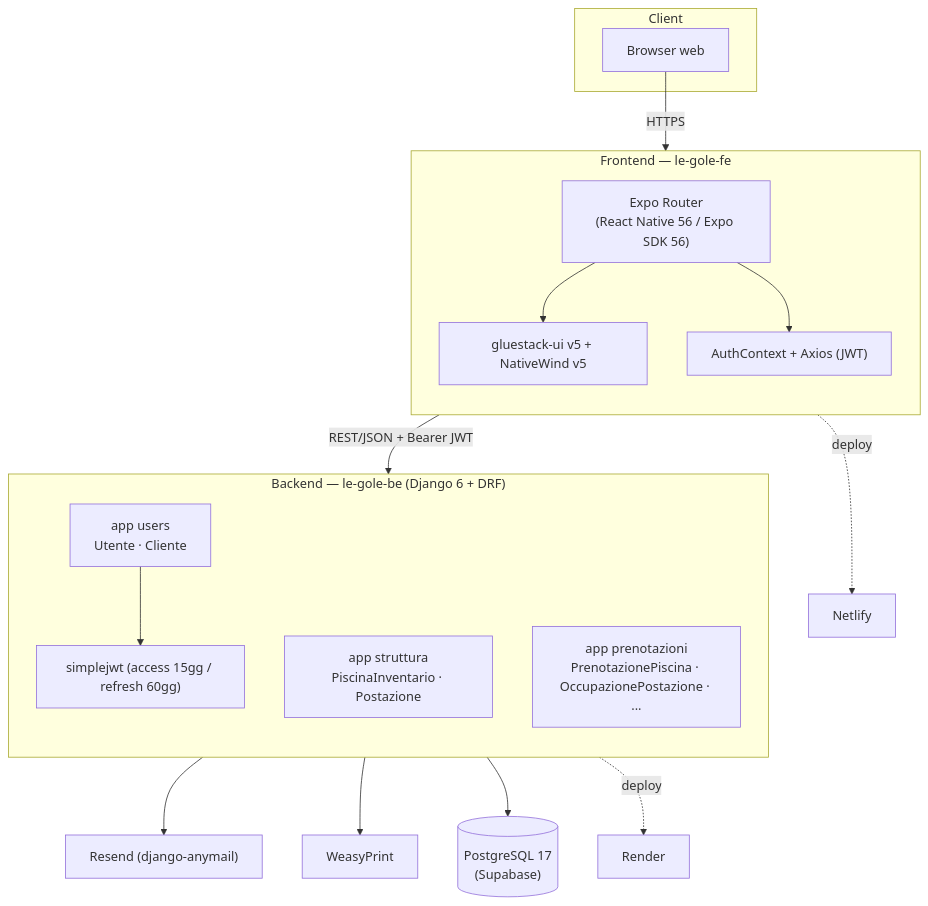
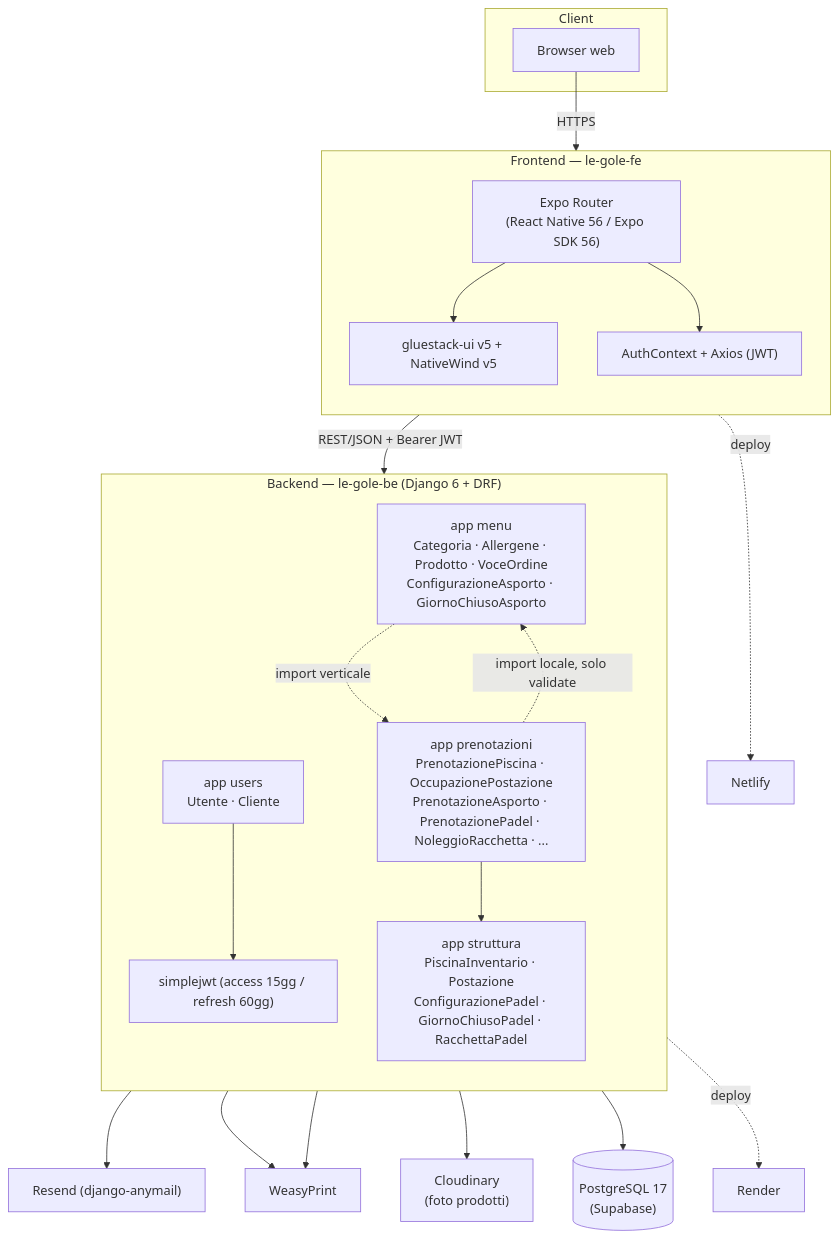
The first of 10 diagrams in UML.md (lor07enzo/Gestionale-Le-Gole), drawn with Mermaid before and after one commit. The commit also changed other lines of this file and 94 other files, not shown here.

````diff
--- a/UML.md
+++ b/UML.md
@@ -20,41 +22,48 @@
 ```mermaid
 flowchart TB
     subgraph Client["Client"]
         Browser["Browser web"]
     end
 
     subgraph FE["Frontend — le-gole-fe"]
         direction TB
         ExpoRouter["Expo Router\n(React Native 56 / Expo SDK 56)"]
         UIKit["gluestack-ui v5 + NativeWind v5"]
         AuthCtx["AuthContext + Axios (JWT)"]
     end
 
     subgraph BE["Backend — le-gole-be (Django 6 + DRF)"]
         direction TB
         AppUsers["app users\nUtente · Cliente"]
-        AppStruttura["app struttura\nPiscinaInventario · Postazione"]
-        AppPrenotazioni["app prenotazioni\nPrenotazionePiscina · OccupazionePostazione · ..."]
+        AppStruttura["app struttura\nPiscinaInventario · Postazione\nConfigurazionePadel · GiornoChiusoPadel · RacchettaPadel"]
+        AppPrenotazioni["app prenotazioni\nPrenotazionePiscina · OccupazionePostazione\nPrenotazioneAsporto · PrenotazionePadel · NoleggioRacchetta · ..."]
+        AppMenu["app menu\nCategoria · Allergene · Prodotto · VoceOrdine\nConfigurazioneAsporto · GiornoChiusoAsporto"]
         JWT["simplejwt (access 15gg / refresh 60gg)"]
     end
 
     DB[("PostgreSQL 17\n(Supabase)")]
     Mail["Resend (django-anymail)"]
     PDF["WeasyPrint"]
+    Cloudinary["Cloudinary\n(foto prodotti)"]
 
     Netlify["Netlify"]
     Render["Render"]
 
     Browser -->|HTTPS| ExpoRouter
     ExpoRouter --> UIKit
     ExpoRouter --> AuthCtx
     AuthCtx -->|REST/JSON + Bearer JWT| BE
 
     AppUsers --> JWT
     AppUsers --> Mail
     AppPrenotazioni --> PDF
+    AppMenu --> PDF
+    AppMenu --> Cloudinary
+    AppMenu -.->|import verticale| AppPrenotazioni
+    AppPrenotazioni -.->|import locale, solo validate| AppMenu
+    AppPrenotazioni --> AppStruttura
     BE --> DB
 
     ExpoRouter -. deploy .-> Netlify
     BE -. deploy .-> Render
 ```
````
